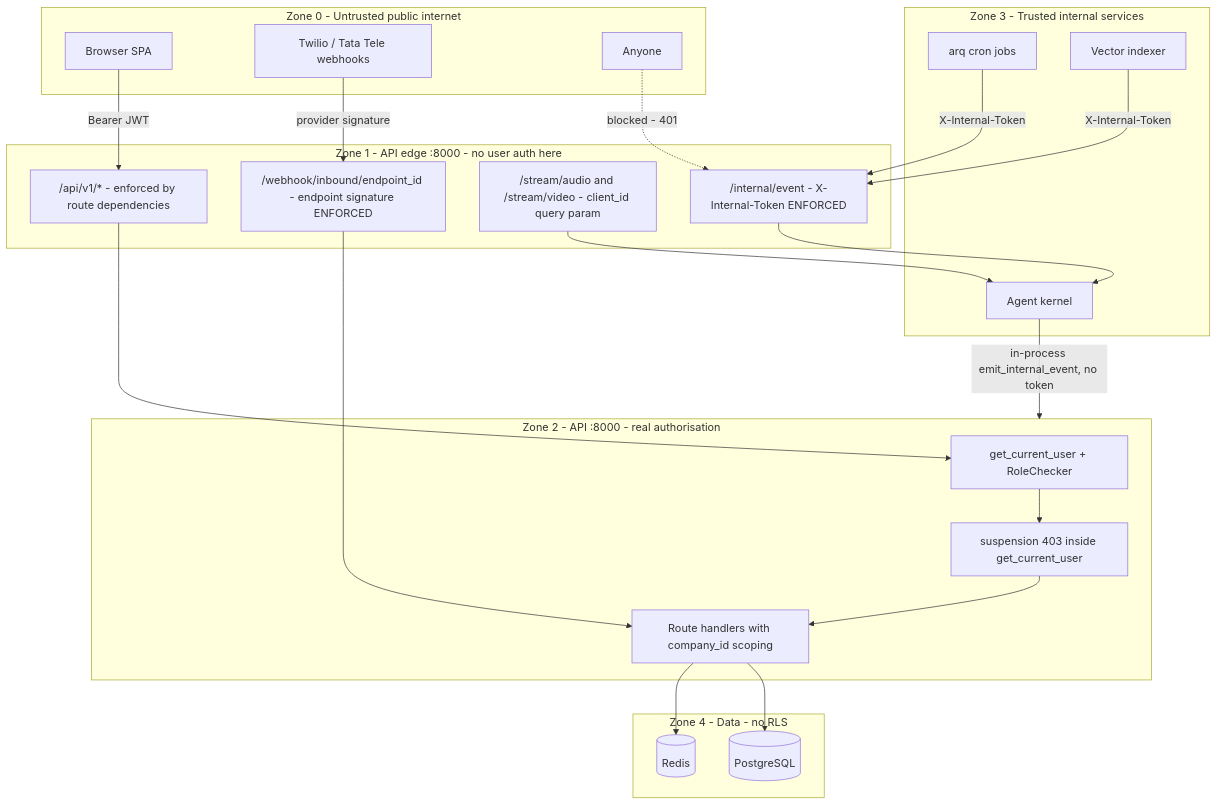
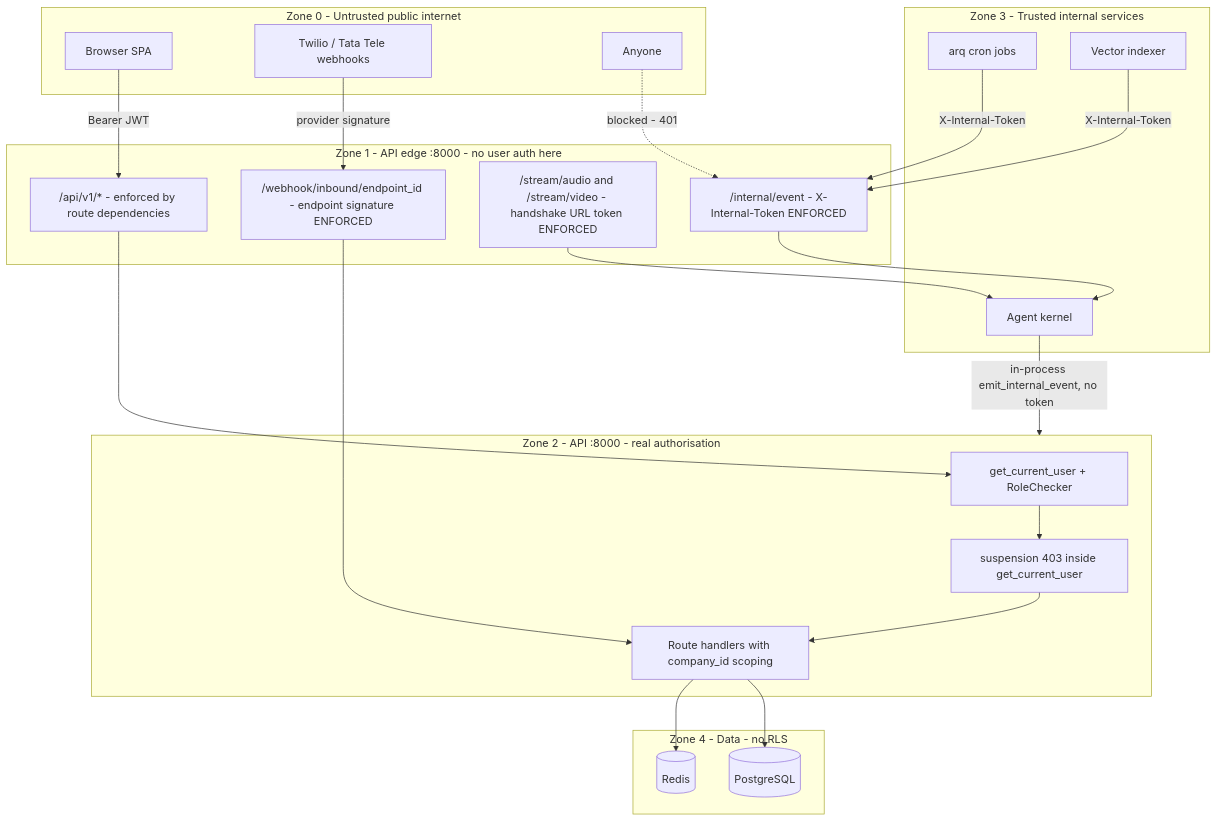
Before and after one commit to gondolerahul/hire-buddha-app: diagram 14 of 20 in docs/current/04-auth-rbac-tenancy.md, drawn with Mermaid. The commit also changed other lines of this file and 11 other files, not shown here.

First line of the commit message:
fix(gateway): a live audio or video socket opens only with a stream token (GW-04)

````diff
--- a/docs/current/04-auth-rbac-tenancy.md
+++ b/docs/current/04-auth-rbac-tenancy.md
@@ -1098,45 +1098,45 @@
 ```mermaid
 graph TB
     subgraph UNTRUSTED["Zone 0 - Untrusted public internet"]
         BROWSER["Browser SPA"]
         TELCO["Twilio / Tata Tele webhooks"]
         ATTACKER["Anyone"]
     end
 
     subgraph EDGE["Zone 1 - API edge :8000 - no user auth here"]
         RESTP["/api/v1/* - enforced by route dependencies"]
         WH["/webhook/inbound/endpoint_id - endpoint signature ENFORCED"]
-        STREAM["/stream/audio and /stream/video - client_id query param"]
+        STREAM["/stream/audio and /stream/video - handshake URL token ENFORCED"]
         INTEP["/internal/event - X-Internal-Token ENFORCED"]
     end
 
     subgraph APP["Zone 2 - API :8000 - real authorisation"]
         DEPS["get_current_user + RoleChecker"]
         SUSPM["suspension 403 inside get_current_user"]
         HANDLERS["Route handlers with company_id scoping"]
     end
 
     subgraph INTERNAL["Zone 3 - Trusted internal services"]
         CRON["arq cron jobs"]
         VDB["Vector indexer"]
         AGENTS["Agent kernel"]
     end
 
     subgraph DATA["Zone 4 - Data - no RLS"]
         PG[("PostgreSQL")]
         REDIS[("Redis")]
     end
 
     BROWSER -->|"Bearer JWT"| RESTP
     TELCO -->|"provider signature"| WH
     ATTACKER -.->|"blocked - 401"| INTEP
     CRON -->|"X-Internal-Token"| INTEP
     VDB -->|"X-Internal-Token"| INTEP
     AGENTS -->|"in-process emit_internal_event, no token"| APP
 
     RESTP --> DEPS --> SUSPM --> HANDLERS --> PG
     INTEP --> AGENTS
     WH --> HANDLERS
     STREAM --> AGENTS
     HANDLERS --> REDIS
 ```
````
